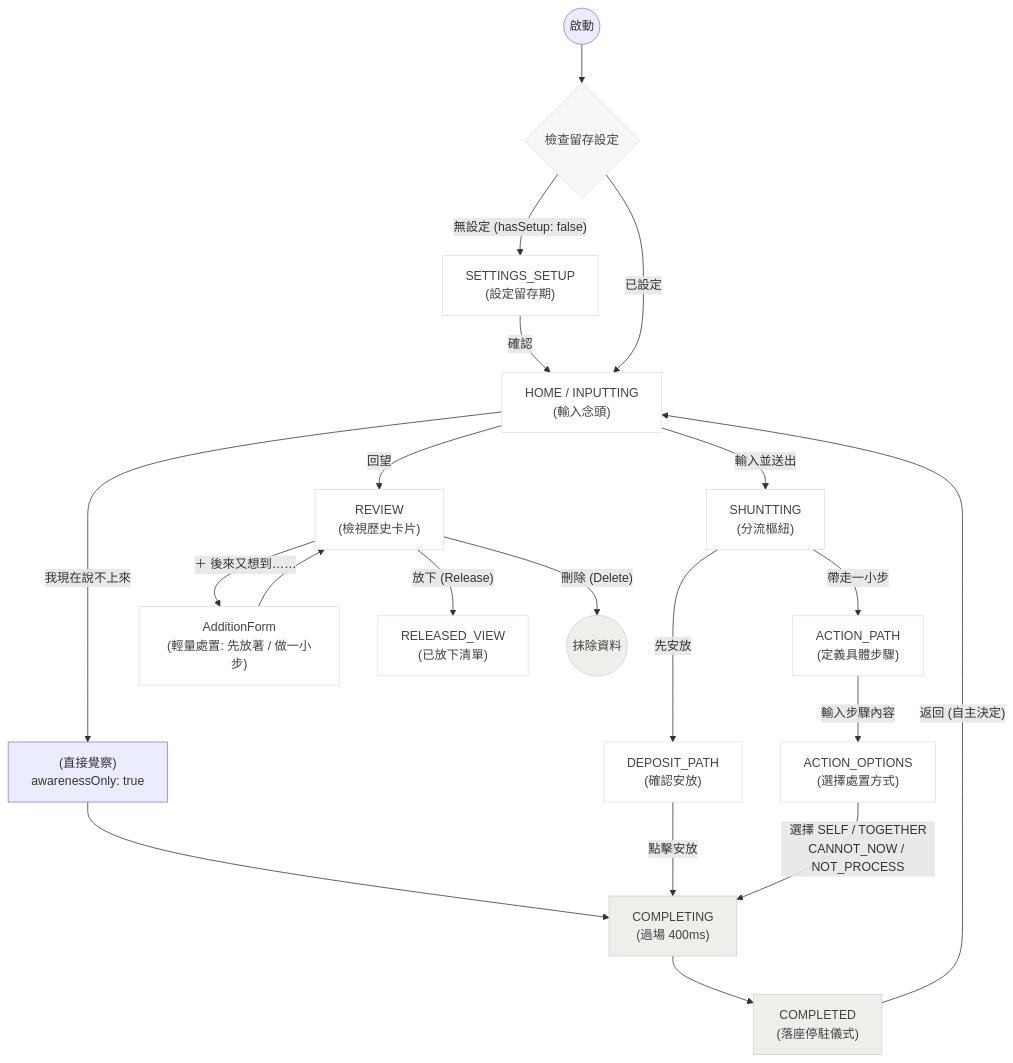
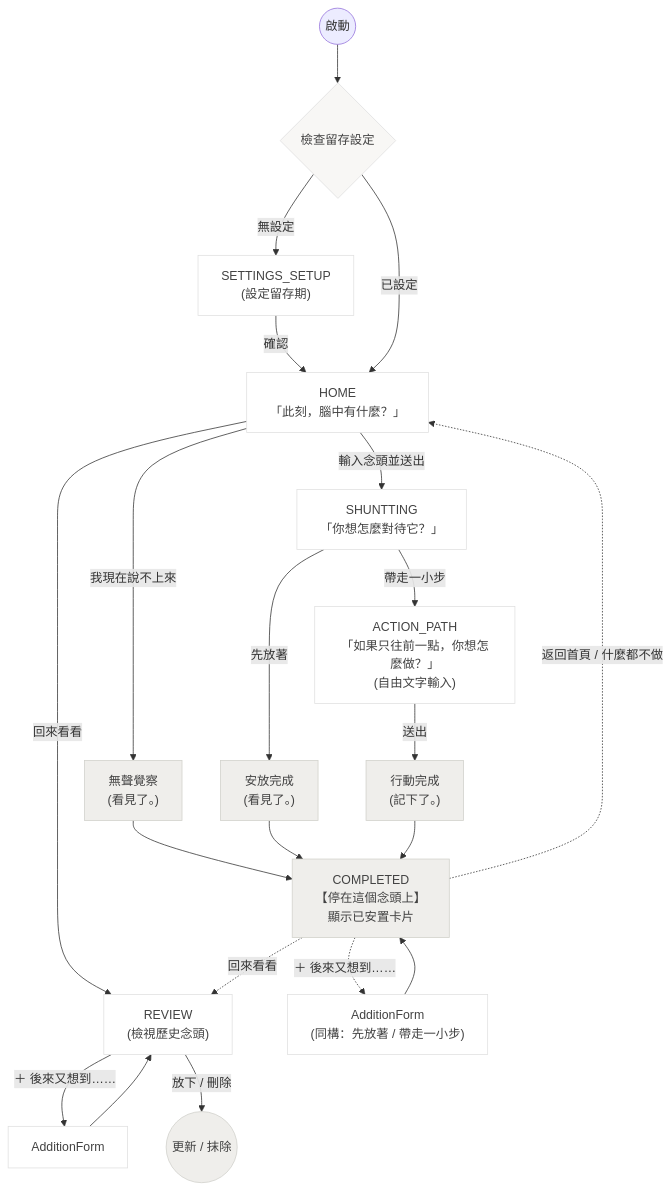
The diagram in flow_diagram.md (q5089877/privateMind), drawn with Mermaid before and after one commit. The commit also changed 10 other files, not shown here.

````diff
--- a/flow_diagram.md
+++ b/flow_diagram.md
@@ -1,46 +1,43 @@
 ```mermaid
 flowchart TD
     %% 進入點
     Start(("啟動")) --> InitCheck{"檢查留存設定"}
-    InitCheck -- "無設定 (hasSetup: false)" --> SETUP["SETTINGS_SETUP\n(設定留存期)"]
+    InitCheck -- "無設定" --> SETUP["SETTINGS_SETUP\n(設定留存期)"]
     SETUP -- "確認" --> HOME
-    InitCheck -- "已設定" --> HOME["HOME / INPUTTING\n(輸入念頭)"]
+    InitCheck -- "已設定" --> HOME["HOME\n「此刻，腦中有什麼？」"]
 
     %% HOME 選擇
-    HOME -- "輸入並送出" --> SHUNTTING["SHUNTTING\n(分流樞紐)"]
-    HOME -- "我現在說不上來" --> AWARENESS["(直接覺察)\nawarenessOnly: true"]
-    HOME -- "回望" --> REVIEW["REVIEW\n(檢視歷史卡片)"]
+    HOME -- "輸入念頭並送出" --> SHUNTTING["SHUNTTING\n「你想怎麼對待它？」"]
+    HOME -- "我現在說不上來" --> AWARENESS["無聲覺察\n(看見了。)"]
+    HOME -- "回來看看" --> REVIEW["REVIEW\n(檢視歷史念頭)"]
 
-    %% 覺察直接結束
-    AWARENESS --> COMPLETING
+    %% SHUNTTING 只有二選一
+    SHUNTTING -- "先放著" --> DEPOSIT_END["安放完成\n(看見了。)"]
+    SHUNTTING -- "帶走一小步" --> ACTION_PATH["ACTION_PATH\n「如果只往前一點，你想怎麼做？」\n(自由文字輸入)"]
+    ACTION_PATH -- "送出" --> ACTION_END["行動完成\n(記下了。)"]
 
-    %% SHUNTTING 分支
-    SHUNTTING -- "先安放" --> DEPOSIT_PATH["DEPOSIT_PATH\n(確認安放)"]
-    SHUNTTING -- "帶走一小步" --> ACTION_PATH["ACTION_PATH\n(定義具體步驟)"]
+    %% 儀式與定格停靠
+    AWARENESS --> COMPLETED["COMPLETED\n【停在這個念頭上】\n顯示已安置卡片"]
+    DEPOSIT_END --> COMPLETED
+    ACTION_END --> COMPLETED
 
-    %% DEPOSIT 分支
-    DEPOSIT_PATH -- "點擊安放" --> COMPLETING
+    %% 停靠後的三個安靜出口
+    COMPLETED -. "＋ 後來又想到……" .-> ADDITION["AdditionForm\n(同構：先放著 / 帶走一小步)"]
+    ADDITION --> COMPLETED
+    COMPLETED -. "回來看看" .-> REVIEW
+    COMPLETED -. "返回首頁 / 什麼都不做" .-> HOME
 
-    %% ACTION 分支
-    ACTION_PATH -- "輸入步驟內容" --> ACTION_OPTIONS["ACTION_OPTIONS\n(選擇處置方式)"]
-    ACTION_OPTIONS -- "選擇 SELF / TOGETHER\nCANNOT_NOW / NOT_PROCESS" --> COMPLETING
-
-    %% 儀式與完成
-    COMPLETING["COMPLETING\n(過場 400ms)"] --> COMPLETED["COMPLETED\n(落座停駐儀式)"]
-    COMPLETED -- "返回 (自主決定)" --> HOME
-
-    %% 回望與線性軌跡
-    REVIEW -- "＋ 後來又想到……" --> ADDITION["AdditionForm\n(輕量處置: 先放著 / 做一小步)"]
-    ADDITION --> REVIEW
-    REVIEW -- "放下 (Release)" --> RELEASED_VIEW["RELEASED_VIEW\n(已放下清單)"]
-    REVIEW -- "刪除 (Delete)" --> Delete(("抹除資料"))
+    %% 回望
+    REVIEW -- "＋ 後來又想到……" --> ADDITION_REVIEW["AdditionForm"]
+    ADDITION_REVIEW --> REVIEW
+    REVIEW -- "放下 / 刪除" --> REVIEW_MANAGE(("更新 / 抹除"))
     
     %% Style tweaks
     classDef state fill:#FFFFFF,stroke:#E0E0E0,stroke-width:1px,color:#424242;
     classDef decision fill:#F8F7F5,stroke:#E0E0E0,stroke-width:1px,color:#424242,shape:hexagon;
     classDef ending fill:#EFEEEB,stroke:#D1D1CB,stroke-width:1px,color:#424242;
     
-    class HOME,SHUNTTING,DEPOSIT_PATH,ACTION_PATH,ACTION_OPTIONS,REVIEW,SETUP,ADDITION,RELEASED_VIEW state;
+    class HOME,SHUNTTING,ACTION_PATH,REVIEW,SETUP,ADDITION,ADDITION_REVIEW state;
     class InitCheck decision;
-    class COMPLETING,COMPLETED,Delete ending;
+    class COMPLETED,DEPOSIT_END,ACTION_END,AWARENESS,REVIEW_MANAGE ending;
 ```
````
